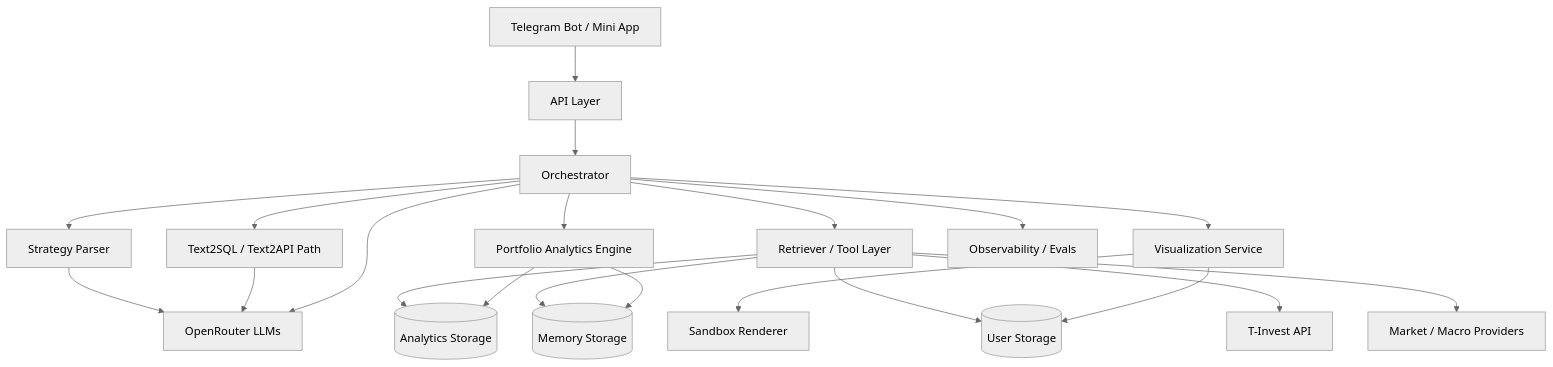
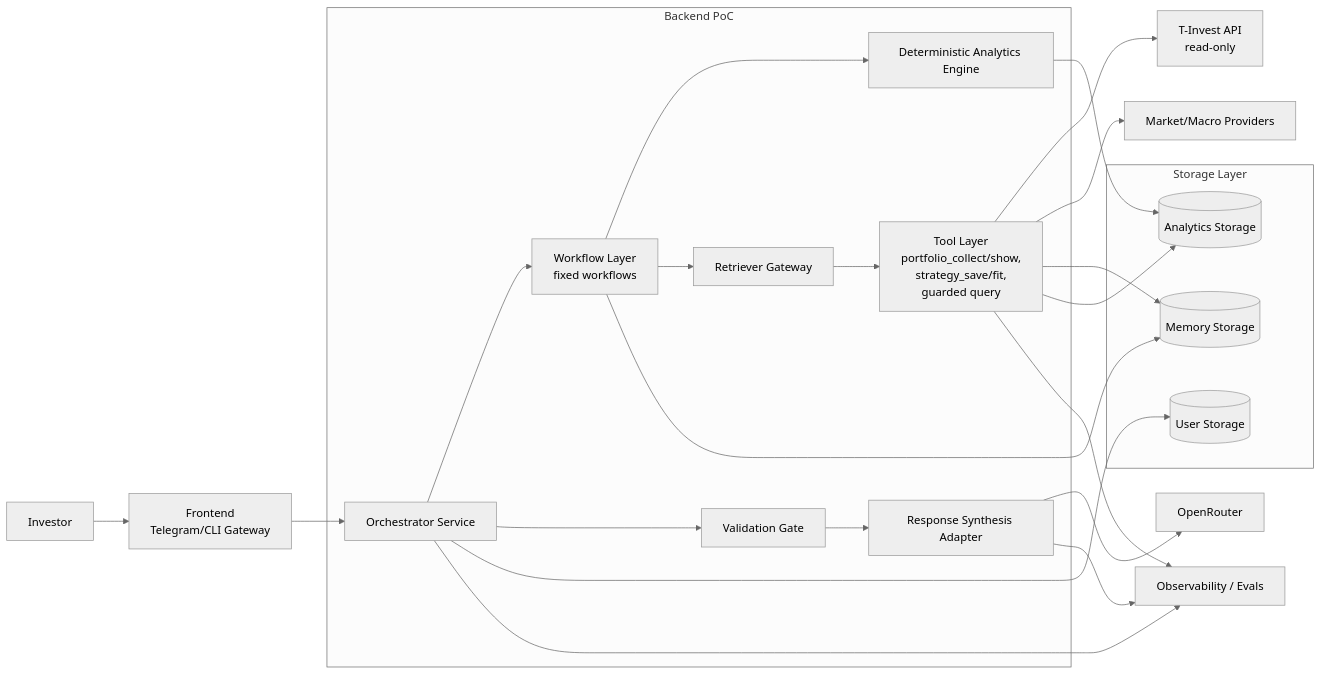
The diagram in docs/diagrams/c4-container.md (the-crazy-trio/documentation), drawn with Mermaid (neutral theme) before and after one commit. The commit also changed other lines of this file and 32 other files, not shown here.

````diff
--- a/docs/diagrams/c4-container.md
+++ b/docs/diagrams/c4-container.md
@@ -3,40 +3,46 @@
 ```mermaid
-flowchart TB
-    ui[Telegram Bot / Mini App]
-    api[API Layer]
-    orch[Orchestrator]
-    sp[Strategy Parser]
-    pa[Portfolio Analytics Engine]
-    tq[Text2SQL / Text2API Path]
-    viz[Visualization Service]
-    rt[Retriever / Tool Layer]
-    userdb[(User Storage)]
-    memdb[(Memory Storage)]
-    adb[(Analytics Storage)]
-    llm[OpenRouter LLMs]
-    broker[T-Invest API]
-    market[Market / Macro Providers]
-    sandbox[Sandbox Renderer]
+flowchart LR
+    user[Investor]
+    frontend[Frontend<br/>Telegram/CLI Gateway]
+
+    subgraph backend[Backend PoC]
+        orchestrator[Orchestrator Service]
+        workflows[Workflow Layer<br/>fixed workflows]
+        analytics[Deterministic Analytics Engine]
+        retriever[Retriever Gateway]
+        tools[Tool Layer<br/>portfolio_collect/show,<br/>strategy_save/fit,<br/>guarded query]
+        response[Response Synthesis Adapter]
+        validation[Validation Gate]
+    end
+
+    subgraph data[Storage Layer]
+        userdb[(User Storage)]
+        memorydb[(Memory Storage)]
+        analyticsdb[(Analytics Storage)]
+    end
+
     obs[Observability / Evals]
+    llm[OpenRouter]
+    tinvest[T-Invest API<br/>read-only]
+    market[Market/Macro Providers]
 
-    ui --> api
-    api --> orch
-    orch --> sp
-    orch --> pa
-    orch --> tq
-    orch --> viz
-    orch --> rt
-    orch --> obs
-    sp --> llm
-    tq --> llm
-    orch --> llm
-    rt --> broker
-    rt --> market
-    rt --> userdb
-    rt --> memdb
-    rt --> adb
-    pa --> adb
-    pa --> memdb
-    viz --> sandbox
-    viz --> userdb
+    user --> frontend
+    frontend --> orchestrator
+    orchestrator --> workflows
+    workflows --> analytics
+    workflows --> retriever
+    retriever --> tools
+    tools --> tinvest
+    tools --> market
+    tools --> memorydb
+    tools --> analyticsdb
+    orchestrator --> validation
+    validation --> response
+    response --> llm
+    orchestrator --> userdb
+    workflows --> memorydb
+    analytics --> analyticsdb
+    orchestrator --> obs
+    tools --> obs
+    response --> obs
 ```
````
